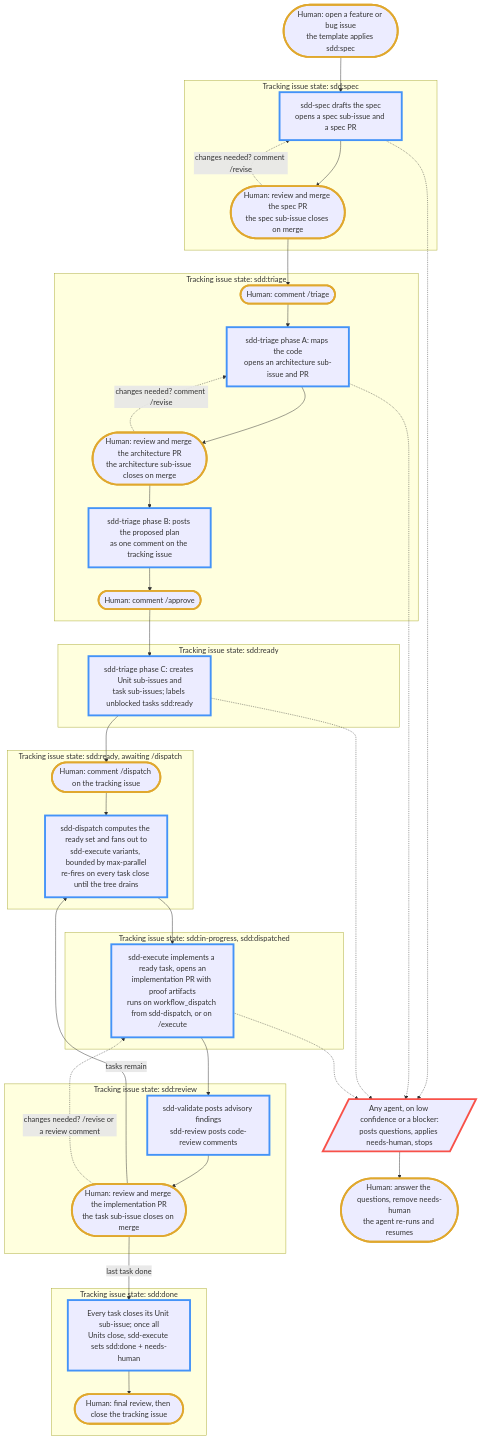
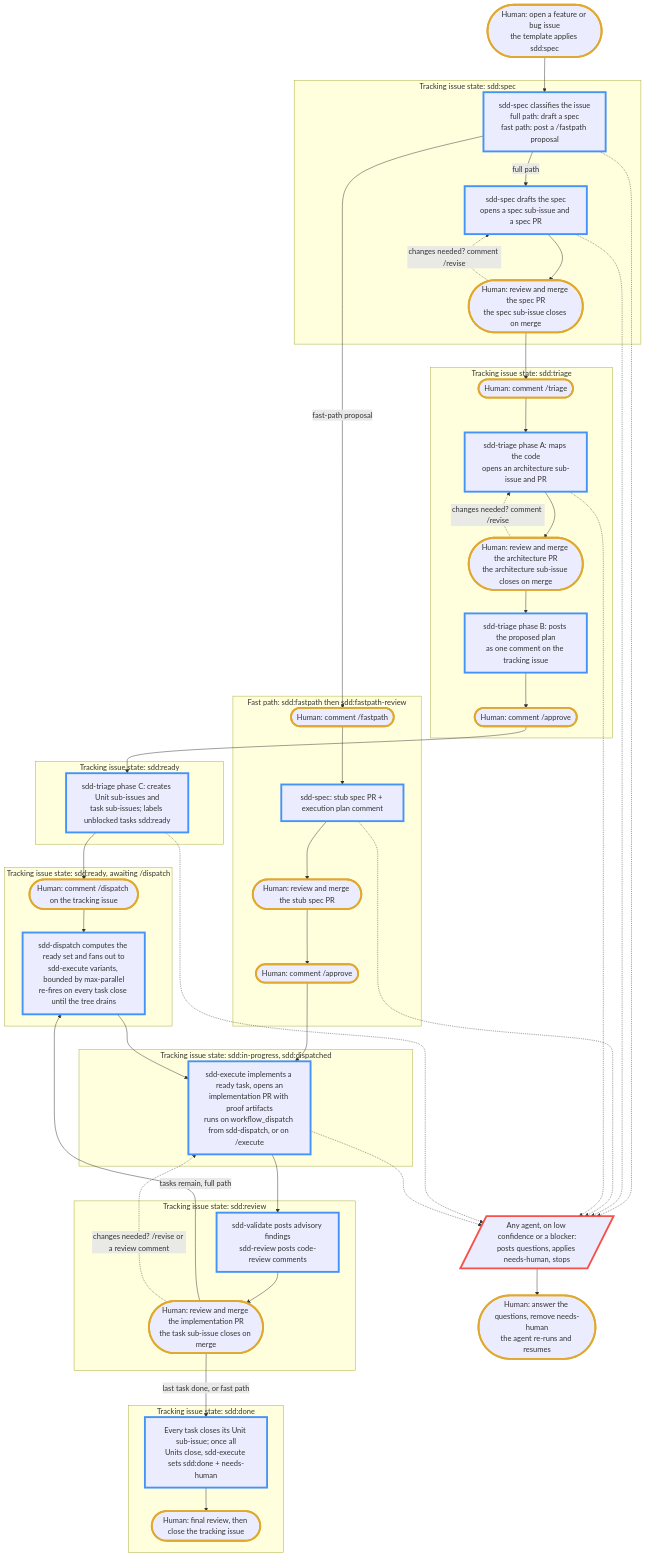
The diagram in docs/sdd/index.md (norrietaylor/spectacles), drawn with Mermaid before and after one commit. The commit also changed other lines of this file and 22 other files, not shown here.

First line of the commit message:
feat(sdd): fast-path for single-session features (#82)

````diff
--- a/docs/sdd/index.md
+++ b/docs/sdd/index.md
@@ -47,62 +64,75 @@
 ```mermaid
 flowchart TD
     classDef human stroke:#e0a82e,stroke-width:4px;
     classDef agent stroke:#4493f8,stroke-width:4px;
     classDef handoff stroke:#f85149,stroke-width:4px;
 
     open([Human: open a feature or bug issue<br/>the template applies sdd:spec]):::human
 
     subgraph s_spec [Tracking issue state: sdd:spec]
+        a_classify[sdd-spec classifies the issue<br/>full path: draft a spec<br/>fast path: post a /fastpath proposal]:::agent
         a_spec[sdd-spec drafts the spec<br/>opens a spec sub-issue and a spec PR]:::agent
         h_spec([Human: review and merge the spec PR<br/>the spec sub-issue closes on merge]):::human
+    end
+
+    subgraph s_fast [Fast path: sdd:fastpath then sdd:fastpath-review]
+        h_fast([Human: comment /fastpath]):::human
+        a_fast[sdd-spec: stub spec PR + execution plan comment]:::agent
+        h_fast_merge([Human: review and merge the stub spec PR]):::human
+        h_approve_fast([Human: comment /approve]):::human
     end
 
     subgraph s_triage [Tracking issue state: sdd:triage]
         h_triage([Human: comment /triage]):::human
         a_arch[sdd-triage phase A: maps the code<br/>opens an architecture sub-issue and PR]:::agent
         h_arch([Human: review and merge the architecture PR<br/>the architecture sub-issue closes on merge]):::human
         a_units[sdd-triage phase B: posts the proposed plan<br/>as one comment on the tracking issue]:::agent
         h_approve([Human: comment /approve]):::human
     end
 
     subgraph s_ready [Tracking issue state: sdd:ready]
         a_tasks[sdd-triage phase C: creates Unit sub-issues and<br/>task sub-issues; labels unblocked tasks sdd:ready]:::agent
     end
 
     subgraph s_dispatch [Tracking issue state: sdd:ready, awaiting /dispatch]
         h_dispatch([Human: comment /dispatch on the tracking issue]):::human
         a_dispatch[sdd-dispatch computes the ready set and fans out to<br/>sdd-execute variants, bounded by max-parallel<br/>re-fires on every task close until the tree drains]:::agent
     end
 
     subgraph s_progress [Tracking issue state: sdd:in-progress, sdd:dispatched]
         a_exec[sdd-execute implements a ready task, opens an<br/>implementation PR with proof artifacts<br/>runs on workflow_dispatch from sdd-dispatch, or on /execute]:::agent
     end
 
     subgraph s_review [Tracking issue state: sdd:review]
         a_check[sdd-validate posts advisory findings<br/>sdd-review posts code-review comments]:::agent
         h_merge([Human: review and merge the implementation PR<br/>the task sub-issue closes on merge]):::human
     end
 
     subgraph s_done [Tracking issue state: sdd:done]
         a_done[Every task closes its Unit sub-issue; once all<br/>Units close, sdd-execute sets sdd:done + needs-human]:::agent
         h_close([Human: final review, then close the tracking issue]):::human
     end
 
-    open --> a_spec --> h_spec --> h_triage --> a_arch --> h_arch
+    open --> a_classify
+    a_classify -->|full path| a_spec --> h_spec --> h_triage --> a_arch --> h_arch
+    a_classify -->|fast-path proposal| h_fast
+    h_fast --> a_fast --> h_fast_merge --> h_approve_fast --> a_exec
     h_arch --> a_units --> h_approve --> a_tasks --> h_dispatch
     h_dispatch --> a_dispatch --> a_exec --> a_check --> h_merge
-    h_merge -->|tasks remain| a_dispatch
-    h_merge -->|last task done| a_done --> h_close
+    h_merge -->|tasks remain, full path| a_dispatch
+    h_merge -->|last task done, or fast path| a_done --> h_close
 
     hand[/"Any agent, on low confidence or a blocker:<br/>posts questions, applies needs-human, stops"/]:::handoff
     ans([Human: answer the questions, remove needs-human<br/>the agent re-runs and resumes]):::human
+    a_classify -.-> hand
     a_spec -.-> hand
+    a_fast -.-> hand
     a_arch -.-> hand
     a_tasks -.-> hand
     a_exec -.-> hand
     hand --> ans
 
     h_spec -.->|changes needed? comment /revise| a_spec
     h_arch -.->|changes needed? comment /revise| a_arch
     h_merge -.->|changes needed? /revise or a review comment| a_exec
 ```
````
